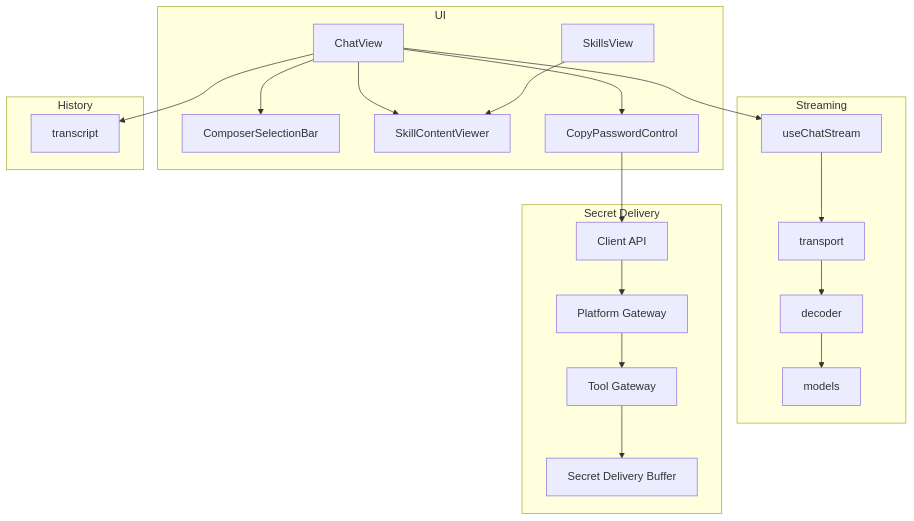
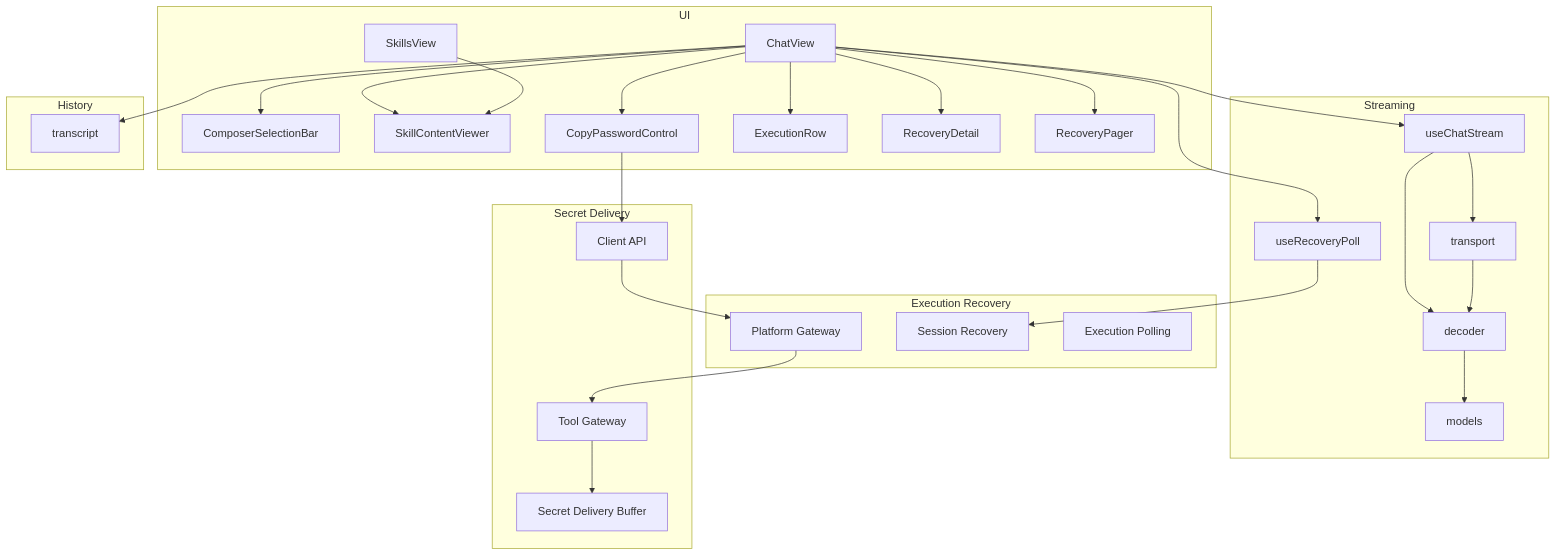
Before and after one commit to metasync/luban-aiops: the first of 11 diagrams in .qoder/repowiki/en/content/Operator Portal/Chat Interface/Chat Interface.md, drawn with Mermaid. The commit also changed other lines of this file and 19 other files, not shown here.

````diff
--- a/.qoder/repowiki/en/content/Operator Portal/Chat Interface/Chat Interface.md
+++ b/.qoder/repowiki/en/content/Operator Portal/Chat Interface/Chat Interface.md
@@ -62,38 +71,52 @@
 ```mermaid
 graph TB
 subgraph "UI"
 CV["ChatView"]
 CSB["ComposerSelectionBar"]
 SCV["SkillContentViewer"]
 SV["SkillsView"]
 CPC["CopyPasswordControl"]
+ER["ExecutionRow"]
+RD["RecoveryDetail"]
+RP["RecoveryPager"]
 end
 subgraph "Streaming"
 UCS["useChatStream"]
+URP["useRecoveryPoll"]
 TR["transport"]
 DEC["decoder"]
 MOD["models"]
 end
+subgraph "Execution Recovery"
+API["Platform Gateway"]
+SR["Session Recovery"]
+EP["Execution Polling"]
+end
 subgraph "Secret Delivery"
-API["Platform Gateway"]
-TC["Tool Gateway"]
+TG["Tool Gateway"]
 BUF["Secret Delivery Buffer"]
 CLI["Client API"]
 end
 subgraph "History"
 TRN["transcript"]
 end
 CV --> UCS
+CV --> URP
 CV --> CSB
 CV --> SCV
+CV --> ER
+CV --> RD
+CV --> RP
 CV --> CPC
 SV --> SCV
 CV --> TRN
 UCS --> TR
+UCS --> DEC
+URP --> SR
 TR --> DEC
 DEC --> MOD
 CPC --> CLI
 CLI --> API
-API --> TC
-TC --> BUF
+API --> TG
+TG --> BUF
 ```
````
